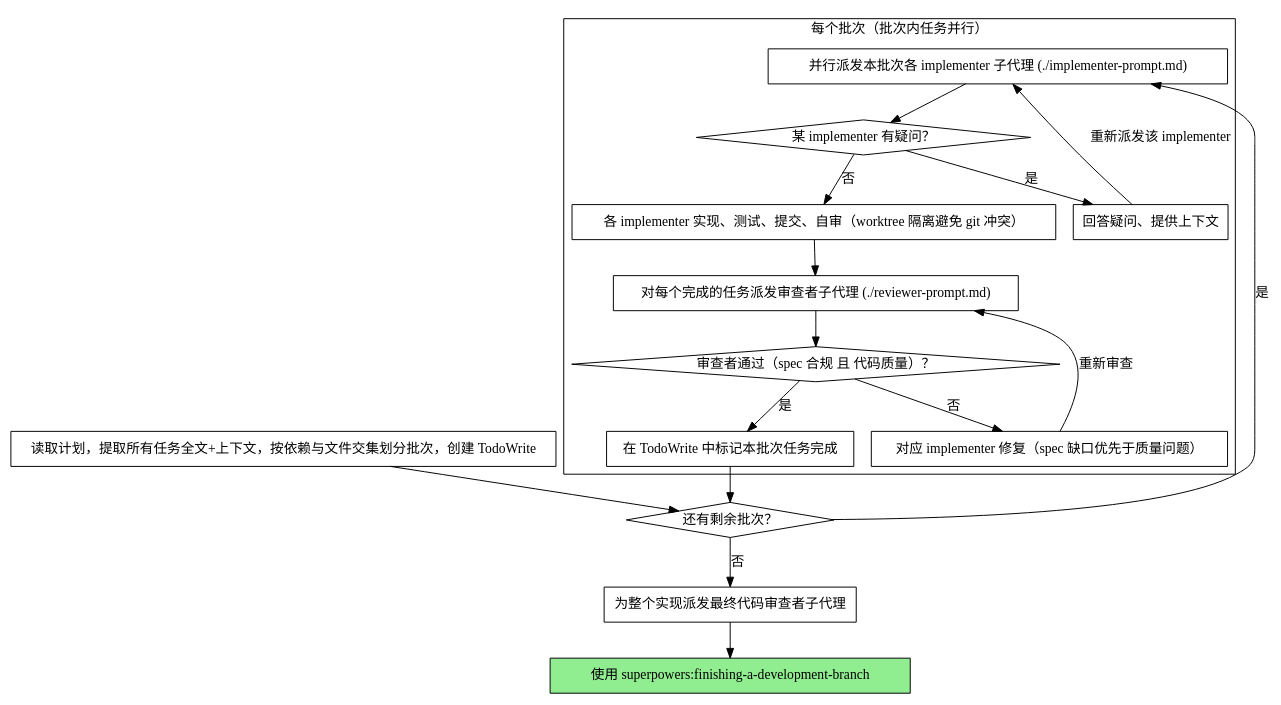
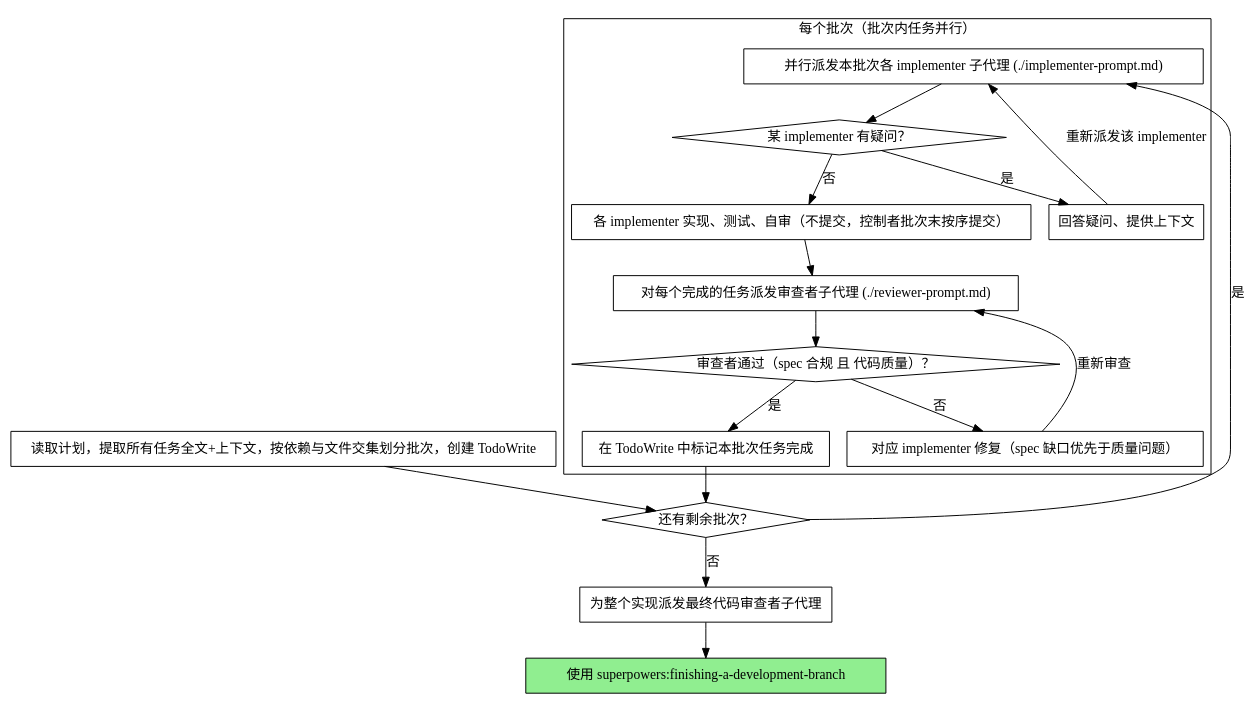
Before and after one commit to dark789g-ux/cryptotrading: the second of 2 diagrams in .claude/skills/subagent-driven-development/SKILL.md, drawn with Graphviz. The commit also changed other lines of this file and 1 other file, not shown here.

First line of the commit message:
docs(skill): subagent-driven-development 禁用 worktree 隔离，并行任务改控制者统一提交

````diff
--- a/.claude/skills/subagent-driven-development/SKILL.md
+++ b/.claude/skills/subagent-driven-development/SKILL.md
@@ -59,38 +59,38 @@
 ```dot
 digraph process {
     rankdir=TB;
 
     "读取计划，提取所有任务全文+上下文，按依赖与文件交集划分批次，创建 TodoWrite" [shape=box];
     "还有剩余批次？" [shape=diamond];
 
     subgraph cluster_per_wave {
         label="每个批次（批次内任务并行）";
         "并行派发本批次各 implementer 子代理 (./implementer-prompt.md)" [shape=box];
         "某 implementer 有疑问？" [shape=diamond];
         "回答疑问、提供上下文" [shape=box];
-        "各 implementer 实现、测试、提交、自审（worktree 隔离避免 git 冲突）" [shape=box];
+        "各 implementer 实现、测试、自审（不提交，控制者批次末按序提交）" [shape=box];
         "对每个完成的任务派发审查者子代理 (./reviewer-prompt.md)" [shape=box];
         "审查者通过（spec 合规 且 代码质量）？" [shape=diamond];
         "对应 implementer 修复（spec 缺口优先于质量问题）" [shape=box];
         "在 TodoWrite 中标记本批次任务完成" [shape=box];
     }
 
     "为整个实现派发最终代码审查者子代理" [shape=box];
     "使用 superpowers:finishing-a-development-branch" [shape=box style=filled fillcolor=lightgreen];
 
     "读取计划，提取所有任务全文+上下文，按依赖与文件交集划分批次，创建 TodoWrite" -> "还有剩余批次？";
     "还有剩余批次？" -> "并行派发本批次各 implementer 子代理 (./implementer-prompt.md)" [label="是"];
     "并行派发本批次各 implementer 子代理 (./implementer-prompt.md)" -> "某 implementer 有疑问？";
     "某 implementer 有疑问？" -> "回答疑问、提供上下文" [label="是"];
     "回答疑问、提供上下文" -> "并行派发本批次各 implementer 子代理 (./implementer-prompt.md)" [label="重新派发该 implementer"];
-    "某 implementer 有疑问？" -> "各 implementer 实现、测试、提交、自审（worktree 隔离避免 git 冲突）" [label="否"];
-    "各 implementer 实现、测试、提交、自审（worktree 隔离避免 git 冲突）" -> "对每个完成的任务派发审查者子代理 (./reviewer-prompt.md)";
+    "某 implementer 有疑问？" -> "各 implementer 实现、测试、自审（不提交，控制者批次末按序提交）" [label="否"];
+    "各 implementer 实现、测试、自审（不提交，控制者批次末按序提交）" -> "对每个完成的任务派发审查者子代理 (./reviewer-prompt.md)";
     "对每个完成的任务派发审查者子代理 (./reviewer-prompt.md)" -> "审查者通过（spec 合规 且 代码质量）？";
     "审查者通过（spec 合规 且 代码质量）？" -> "对应 implementer 修复（spec 缺口优先于质量问题）" [label="否"];
     "对应 implementer 修复（spec 缺口优先于质量问题）" -> "对每个完成的任务派发审查者子代理 (./reviewer-prompt.md)" [label="重新审查"];
     "审查者通过（spec 合规 且 代码质量）？" -> "在 TodoWrite 中标记本批次任务完成" [label="是"];
     "在 TodoWrite 中标记本批次任务完成" -> "还有剩余批次？";
     "还有剩余批次？" -> "为整个实现派发最终代码审查者子代理" [label="否"];
     "为整个实现派发最终代码审查者子代理" -> "使用 superpowers:finishing-a-development-branch";
 }
 ```
````
